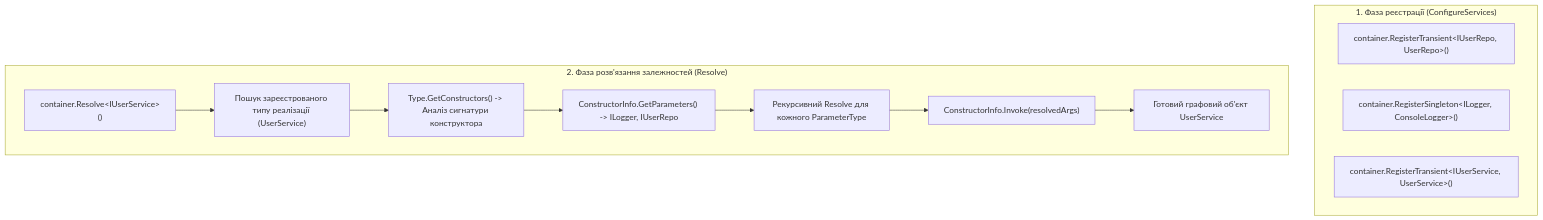
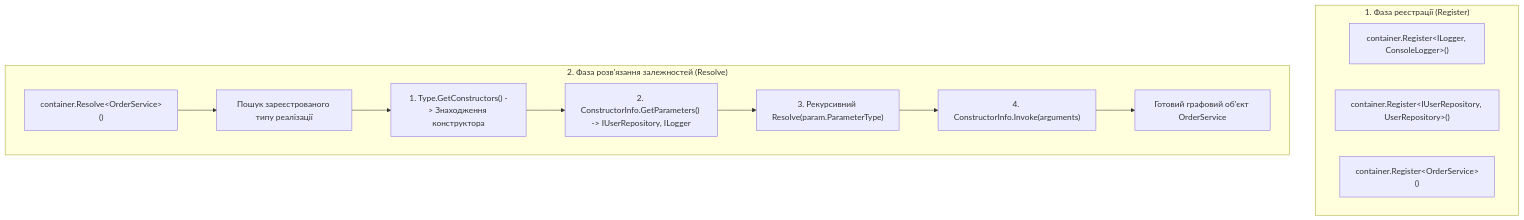
Before and after one commit to MrTomkaYurii/CSharp-OOP-Mastery: the diagram in 06-Advanced-DotNet/02-Reflection-And-Metadata/Docs/06_Frameworks_And_Dependency_Injection/OVERVIEW.md, drawn with Mermaid. The commit also changed other lines of this file and 48 other files, not shown here.

````diff
--- a/06-Advanced-DotNet/02-Reflection-And-Metadata/Docs/06_Frameworks_And_Dependency_Injection/OVERVIEW.md
+++ b/06-Advanced-DotNet/02-Reflection-And-Metadata/Docs/06_Frameworks_And_Dependency_Injection/OVERVIEW.md
@@ -14,17 +14,17 @@
 ```mermaid
 flowchart TD
-    subgraph Registration["1. Фаза реєстрації (ConfigureServices)"]
-        R1["container.RegisterTransient&lt;IUserRepo, UserRepo&gt;()"]
-        R2["container.RegisterSingleton&lt;ILogger, ConsoleLogger&gt;()"]
-        R3["container.RegisterTransient&lt;IUserService, UserService&gt;()"]
+    subgraph Registration["1. Фаза реєстрації (Register)"]
+        R1["container.Register&lt;ILogger, ConsoleLogger&gt;()"]
+        R2["container.Register&lt;IUserRepository, UserRepository&gt;()"]
+        R3["container.Register&lt;OrderService&gt;()"]
     end
 
     subgraph Resolution["2. Фаза розв'язання залежностей (Resolve)"]
-        Req["container.Resolve&lt;IUserService&gt;()"] --> FindType["Пошук зареєстрованого типу реалізації (UserService)"]
-        FindType --> InspectCtor["Type.GetConstructors() -> Аналіз сигнатури конструктора"]
-        InspectCtor --> LoopParams["ConstructorInfo.GetParameters() -> ILogger, IUserRepo"]
-        LoopParams --> Recurse["Рекурсивний Resolve для кожного ParameterType"]
-        Recurse --> Instantiate["ConstructorInfo.Invoke(resolvedArgs)"]
-        Instantiate --> ReturnObj["Готовий графовий об'єкт UserService"]
+        Req["container.Resolve&lt;OrderService&gt;()"] --> FindType["Пошук зареєстрованого типу реалізації"]
+        FindType --> InspectCtor["1. Type.GetConstructors() -> Знаходження конструктора"]
+        InspectCtor --> LoopParams["2. ConstructorInfo.GetParameters() -> IUserRepository, ILogger"]
+        LoopParams --> Recurse["3. Рекурсивний Resolve(param.ParameterType)"]
+        Recurse --> Instantiate["4. ConstructorInfo.Invoke(arguments)"]
+        Instantiate --> ReturnObj["Готовий графовий об'єкт OrderService"]
     end
 ```
````
